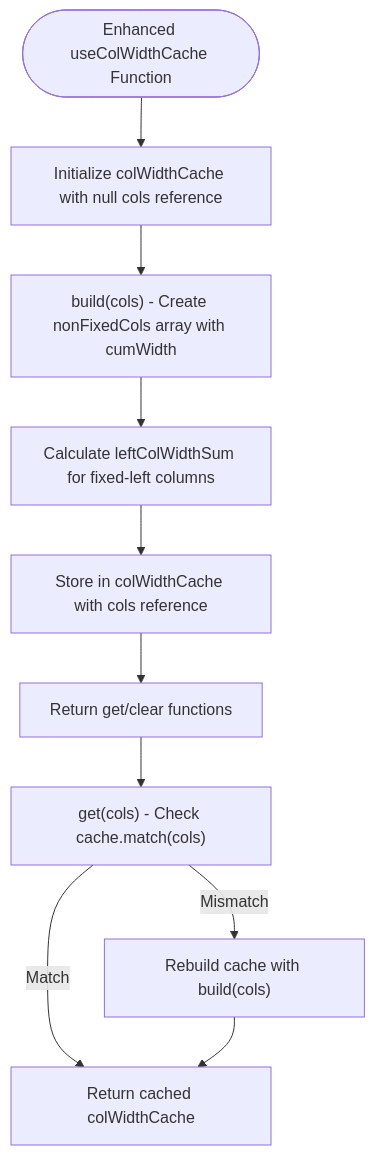
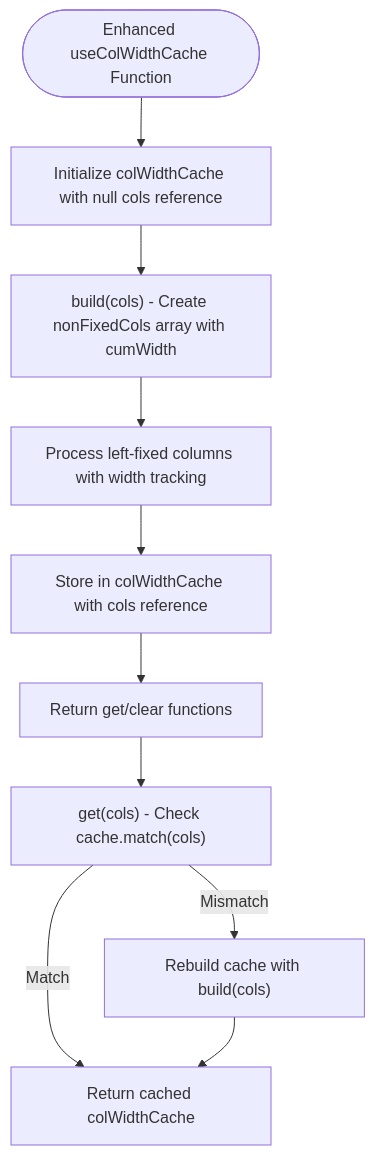
Before and after one commit to ja-plus/stk-table-vue: the third of 12 diagrams in .qoder/repowiki/en/content/Advanced Features/Virtual Scrolling/Horizontal Virtual Scrolling.md, drawn with Mermaid. The commit also changed other lines of this file and 6 other files, not shown here.

````diff
--- a/.qoder/repowiki/en/content/Advanced Features/Virtual Scrolling/Horizontal Virtual Scrolling.md
+++ b/.qoder/repowiki/en/content/Advanced Features/Virtual Scrolling/Horizontal Virtual Scrolling.md
@@ -168,12 +169,12 @@
 ```mermaid
 flowchart TD
 Start(["Enhanced useColWidthCache Function"]) --> Init["Initialize colWidthCache with null cols reference"]
 Init --> Build["build(cols) - Create nonFixedCols array with cumWidth"]
-Build --> Sum["Calculate leftColWidthSum for fixed-left columns"]
-Sum --> Store["Store in colWidthCache with cols reference"]
+Build --> LeftFixed["Process left-fixed columns with width tracking"]
+LeftFixed --> Store["Store in colWidthCache with cols reference"]
 Store --> Return["Return get/clear functions"]
 Return --> Get["get(cols) - Check cache.match(cols)"]
 Get --> |Match| ReturnCache["Return cached colWidthCache"]
 Get --> |Mismatch| Rebuild["Rebuild cache with build(cols)"]
 Rebuild --> ReturnCache
 ```
````
